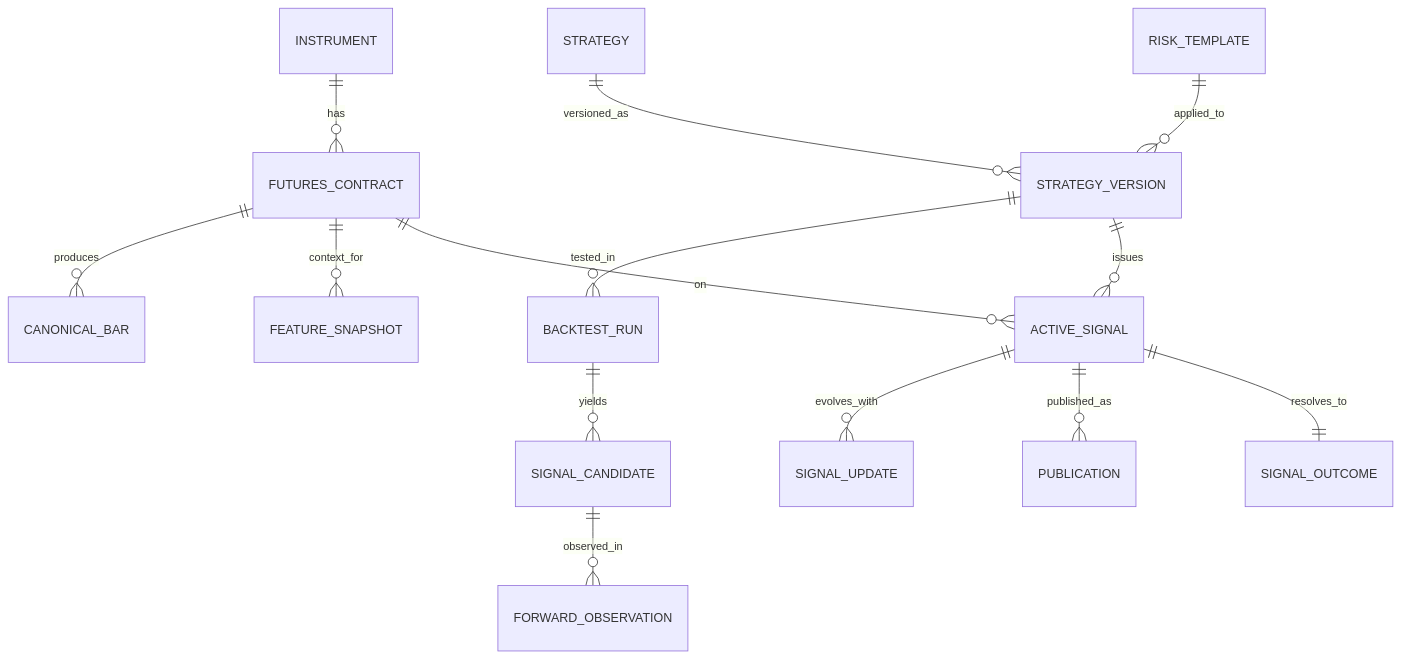
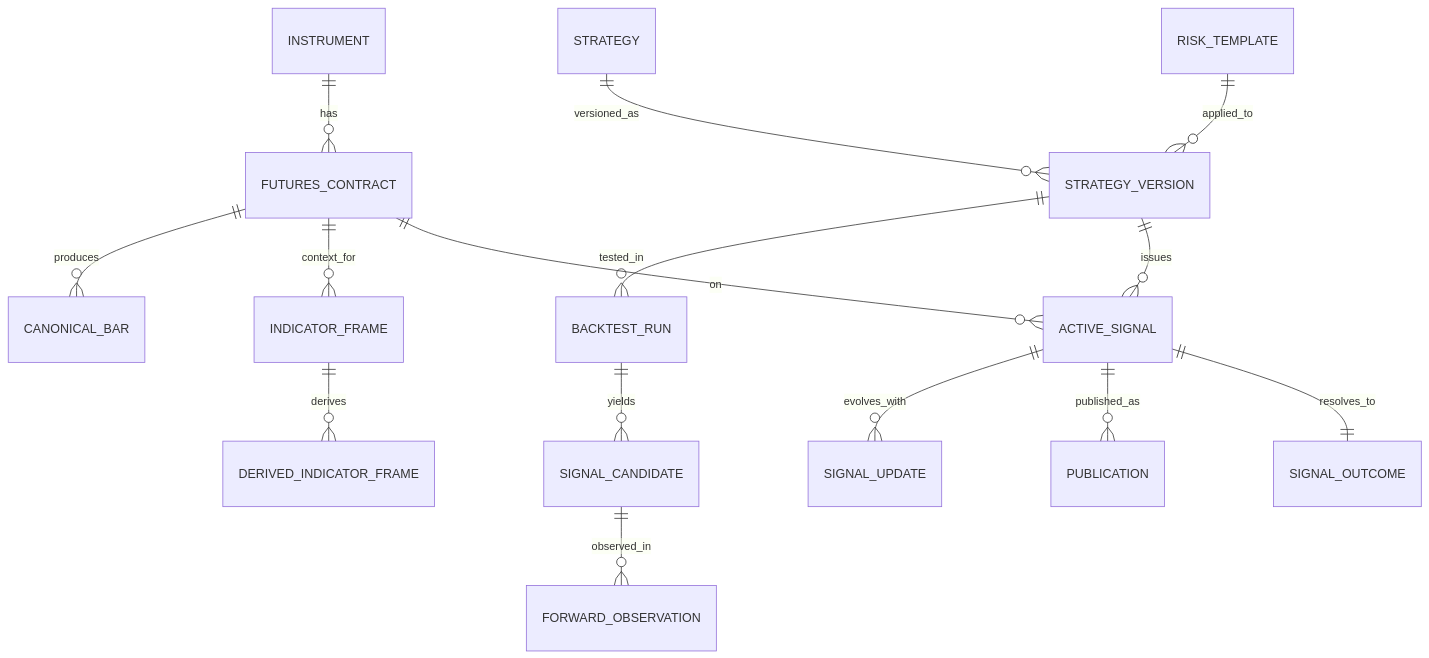
The diagram in docs/architecture/product-plane/product-plane-spec-v2/03_Data_Model_and_Flows.md (deusexrenovatio-arch/trading-advisor-3000), drawn with Mermaid before and after one commit. The commit also changed other lines of this file and 15 other files, not shown here.

````diff
--- a/docs/architecture/product-plane/product-plane-spec-v2/03_Data_Model_and_Flows.md
+++ b/docs/architecture/product-plane/product-plane-spec-v2/03_Data_Model_and_Flows.md
@@ -339,16 +354,17 @@
 ```mermaid
 erDiagram
     INSTRUMENT ||--o{ FUTURES_CONTRACT : has
     FUTURES_CONTRACT ||--o{ CANONICAL_BAR : produces
-    FUTURES_CONTRACT ||--o{ FEATURE_SNAPSHOT : context_for
+    FUTURES_CONTRACT ||--o{ INDICATOR_FRAME : context_for
+    INDICATOR_FRAME ||--o{ DERIVED_INDICATOR_FRAME : derives
     STRATEGY ||--o{ STRATEGY_VERSION : versioned_as
     RISK_TEMPLATE ||--o{ STRATEGY_VERSION : applied_to
     STRATEGY_VERSION ||--o{ BACKTEST_RUN : tested_in
     BACKTEST_RUN ||--o{ SIGNAL_CANDIDATE : yields
     SIGNAL_CANDIDATE ||--o{ FORWARD_OBSERVATION : observed_in
     STRATEGY_VERSION ||--o{ ACTIVE_SIGNAL : issues
     FUTURES_CONTRACT ||--o{ ACTIVE_SIGNAL : on
     ACTIVE_SIGNAL ||--o{ SIGNAL_UPDATE : evolves_with
     ACTIVE_SIGNAL ||--o{ PUBLICATION : published_as
     ACTIVE_SIGNAL ||--|| SIGNAL_OUTCOME : resolves_to
 ```
````
